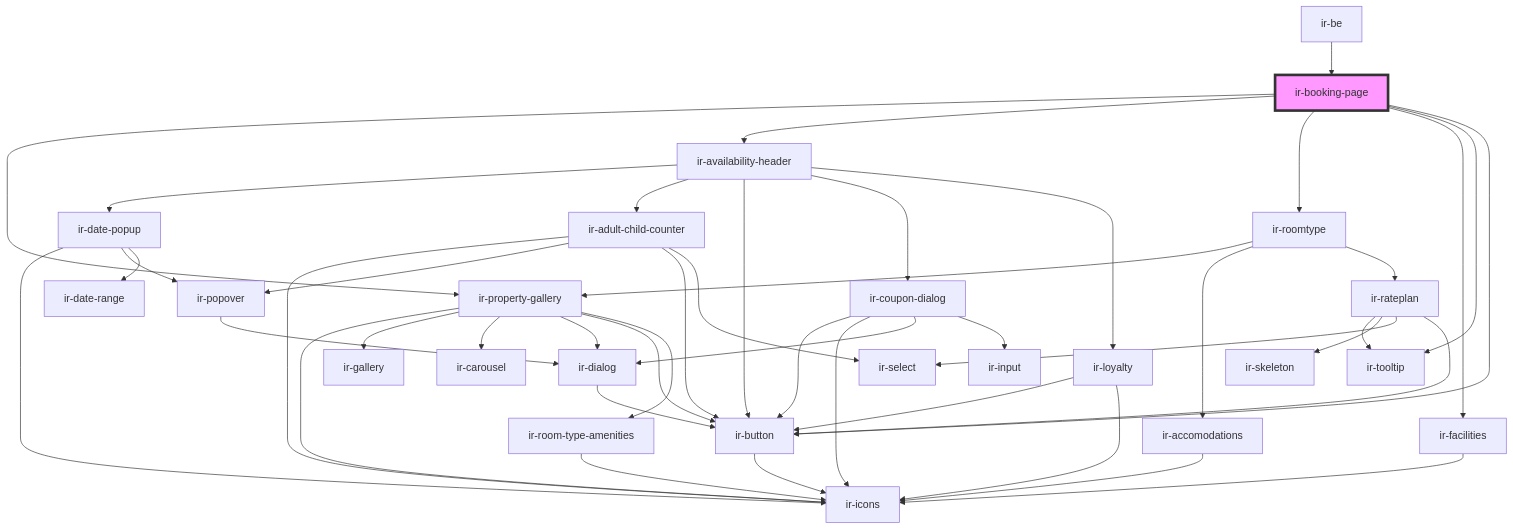
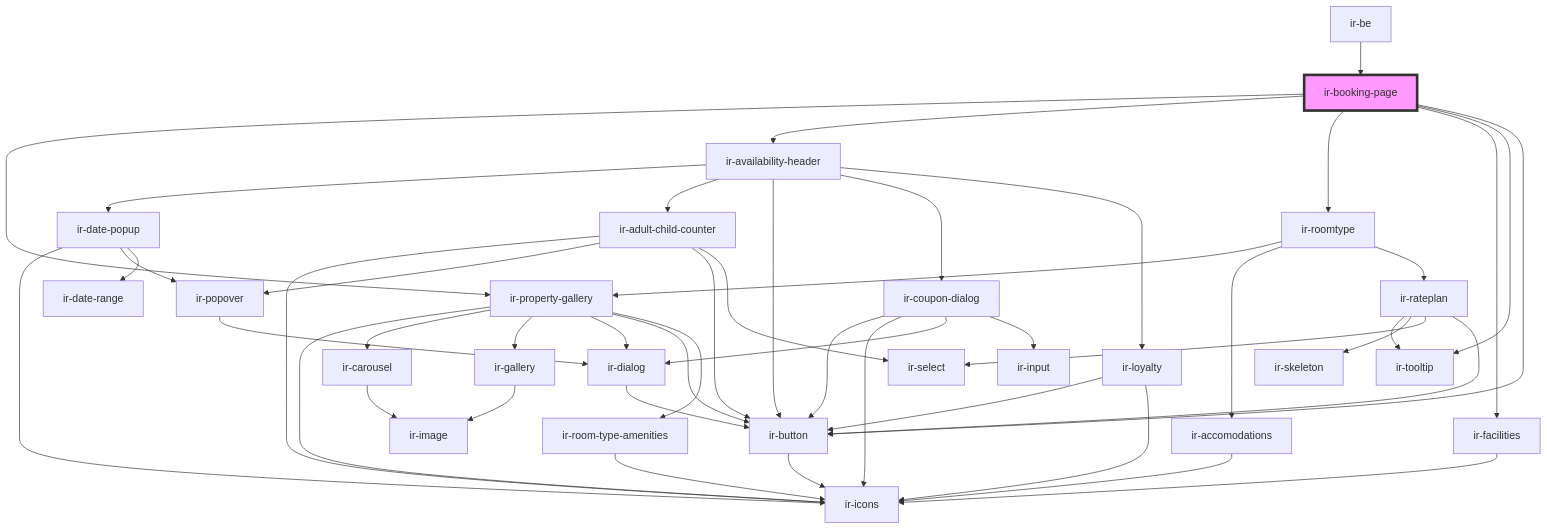
One commit to RonyRizk/ir-be changed the diagram in src/components/ir-booking-engine/ir-booking-page/readme.md. Above: the diagram before and after it, drawn with Mermaid. The commit also changed 25 other files, not shown here.

````diff
--- a/src/components/ir-booking-engine/ir-booking-page/readme.md
+++ b/src/components/ir-booking-engine/ir-booking-page/readme.md
@@ -42,48 +42,50 @@
 ```mermaid
 graph TD;
   ir-booking-page --> ir-property-gallery
   ir-booking-page --> ir-availability-header
   ir-booking-page --> ir-roomtype
   ir-booking-page --> ir-facilities
   ir-booking-page --> ir-tooltip
   ir-booking-page --> ir-button
   ir-property-gallery --> ir-icons
+  ir-property-gallery --> ir-carousel
   ir-property-gallery --> ir-gallery
-  ir-property-gallery --> ir-carousel
   ir-property-gallery --> ir-dialog
   ir-property-gallery --> ir-button
   ir-property-gallery --> ir-room-type-amenities
+  ir-carousel --> ir-image
+  ir-gallery --> ir-image
   ir-dialog --> ir-button
   ir-button --> ir-icons
   ir-room-type-amenities --> ir-icons
   ir-availability-header --> ir-date-popup
   ir-availability-header --> ir-adult-child-counter
   ir-availability-header --> ir-button
   ir-availability-header --> ir-coupon-dialog
   ir-availability-header --> ir-loyalty
   ir-date-popup --> ir-icons
   ir-date-popup --> ir-popover
   ir-date-popup --> ir-date-range
   ir-popover --> ir-dialog
   ir-adult-child-counter --> ir-icons
   ir-adult-child-counter --> ir-popover
   ir-adult-child-counter --> ir-button
   ir-adult-child-counter --> ir-select
   ir-coupon-dialog --> ir-button
   ir-coupon-dialog --> ir-icons
   ir-coupon-dialog --> ir-dialog
   ir-coupon-dialog --> ir-input
   ir-loyalty --> ir-button
   ir-loyalty --> ir-icons
   ir-roomtype --> ir-property-gallery
   ir-roomtype --> ir-accomodations
   ir-roomtype --> ir-rateplan
   ir-accomodations --> ir-icons
   ir-rateplan --> ir-tooltip
   ir-rateplan --> ir-skeleton
   ir-rateplan --> ir-select
   ir-rateplan --> ir-button
   ir-facilities --> ir-icons
   ir-be --> ir-booking-page
   style ir-booking-page fill:#f9f,stroke:#333,stroke-width:4px
 ```
````
